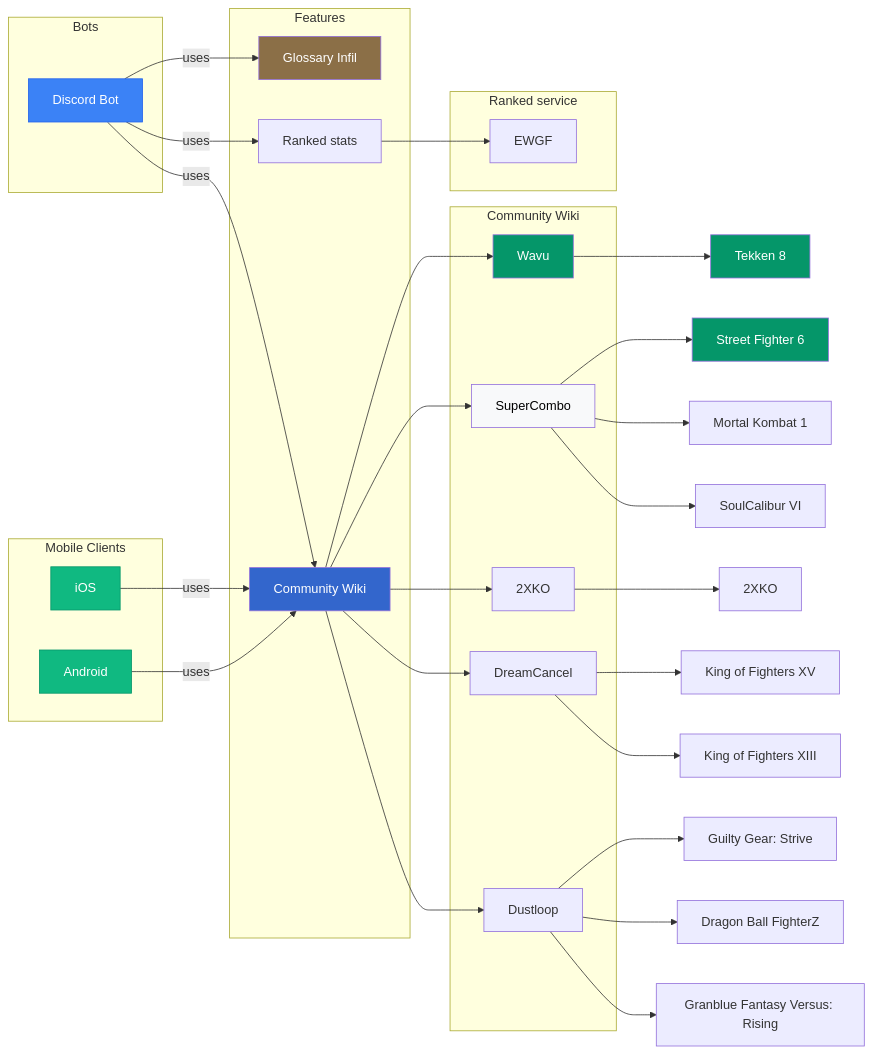
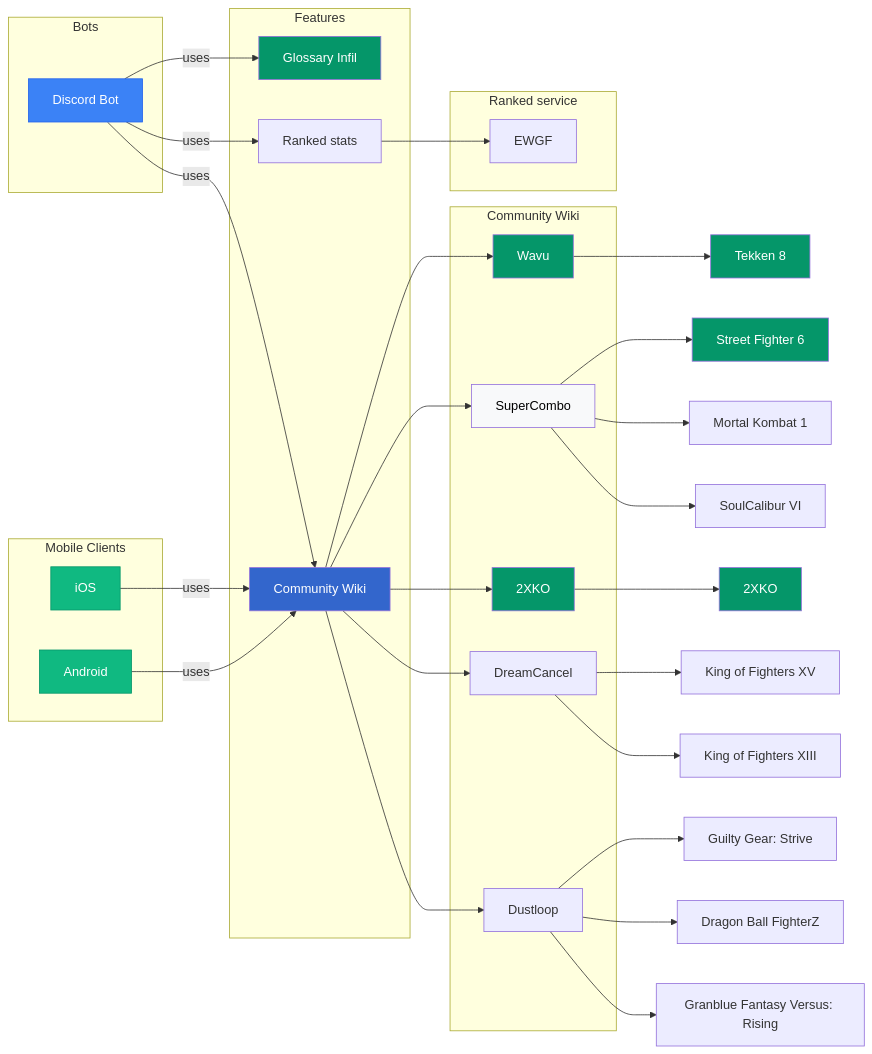
Before and after one commit to Sophon/FightingNerd: the diagram in README.md, drawn with Mermaid. The commit also changed 1 other file, not shown here.

Commit message:
doc (readme): content

````diff
--- a/README.md
+++ b/README.md
@@ -22,66 +22,68 @@
 ```mermaid
 graph LR
   subgraph Bots
     discordBot[Discord Bot]
   end
 
   subgraph "Mobile Clients"
     android[Android]
     iOS[iOS]
   end
 
   subgraph Features
     glossaryInfil[Glossary Infil]
     communityWiki[Community Wiki]
     elo[Ranked stats]
   end
 
   subgraph Community Wiki
     wikiWavu[Wavu]
     supercombo[SuperCombo]
     2xko[2XKO]
     dustloop[Dustloop]
     dreamcancel[DreamCancel]
   end
 
   subgraph Ranked service
     ewgf[EWGF]
   end
 
   android -->|uses| communityWiki
   iOS -->|uses| communityWiki
 
   discordBot -->|uses| glossaryInfil
   discordBot -->|uses| communityWiki
   discordBot -->|uses| elo
 
   communityWiki --> wikiWavu
   communityWiki --> supercombo
   communityWiki --> 2xko
   communityWiki --> dreamcancel
   communityWiki --> dustloop
 
   elo --> ewgf
 
   wikiWavu --> t8[Tekken 8]
   supercombo --> sf6[Street Fighter 6]
   supercombo --> mk1[Mortal Kombat 1]
   supercombo --> sc6[SoulCalibur VI]
   dustloop --> ggst[Guilty Gear: Strive]
   dustloop --> dbfz[Dragon Ball FighterZ]
   dustloop --> gbvsr[Granblue Fantasy Versus: Rising]
   2xko --> xko[2XKO]
   dreamcancel --> kof15[King of Fighters XV]
   dreamcancel --> kof13[King of Fighters XIII]
 
 
   style discordBot fill:#3B82F6,stroke:#2563EB,color:#fff
   style android fill:#10B981,stroke:#059669,color:#fff
   style iOS fill:#10B981,stroke:#059669,color:#fff
-  style glossaryInfil fill:#8B6F47,color:#fff
+  style glossaryInfil fill:#059669,color:#fff
   style communityWiki fill:#3366CC,color:#fff
   style wikiWavu fill:#059669,color:#fff
   style supercombo fill:#F8F9FA,color:#000000
+  style 2xko fill:#059669,color:#fff
   style t8 fill:#059669, color:#fff
   style sf6 fill:#059669, color:#fff
+  style xko fill:#059669, color:#fff
 ```
````
